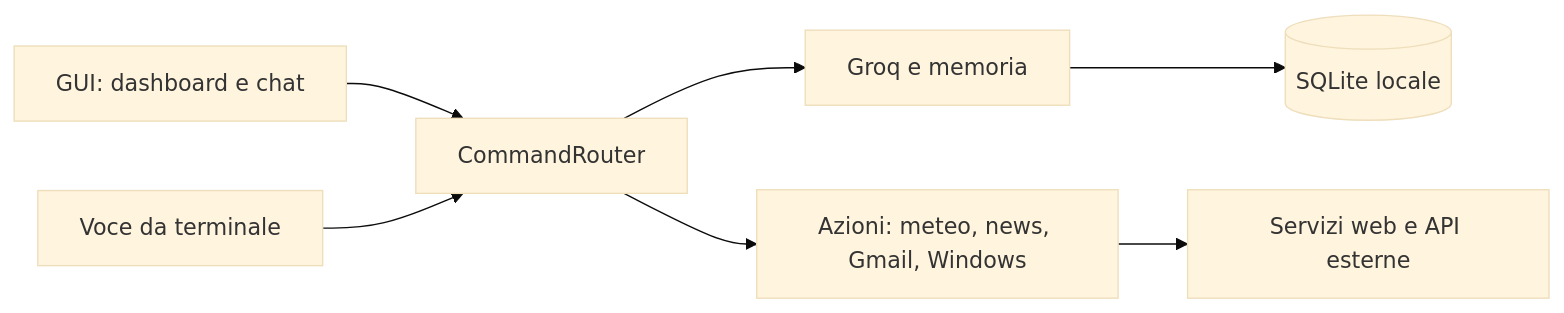
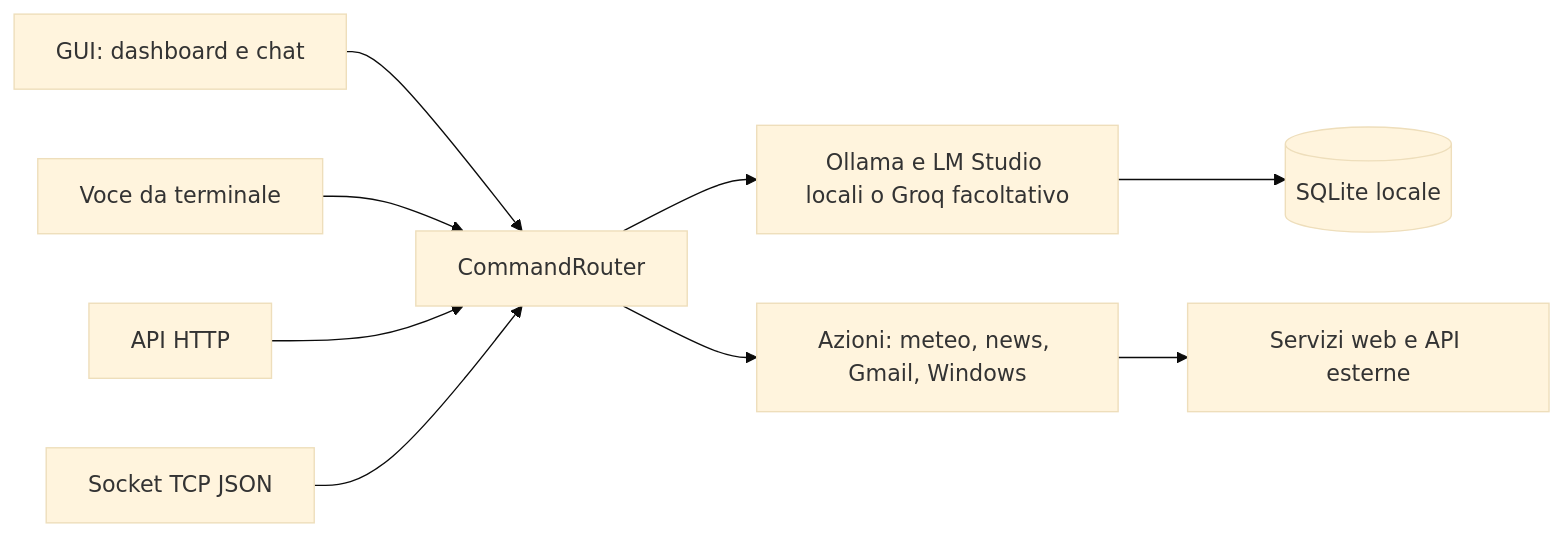
Before and after one commit to alexabdrustefu/Jarvis: the diagram in README.md, drawn with Mermaid (base theme). The commit also changed other lines of this file and 41 other files, not shown here.

````diff
--- a/README.md
+++ b/README.md
@@ -72,9 +95,11 @@
 ```mermaid
 flowchart LR
     GUI[GUI: dashboard e chat] --> Router[CommandRouter]
     Voice[Voce da terminale] --> Router
-    Router --> AI[Groq e memoria]
+    Router --> AI[Ollama e LM Studio locali o Groq facoltativo]
+    HTTP[API HTTP] --> Router
+    Socket[Socket TCP JSON] --> Router
     Router --> Actions[Azioni: meteo, news, Gmail, Windows]
     AI --> DB[(SQLite locale)]
     Actions --> APIs[Servizi web e API esterne]
 ```
````
